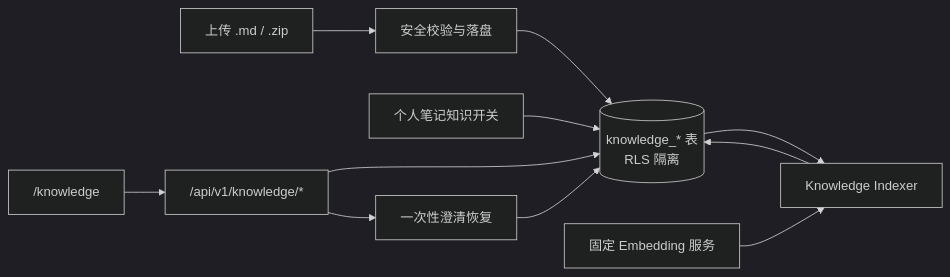
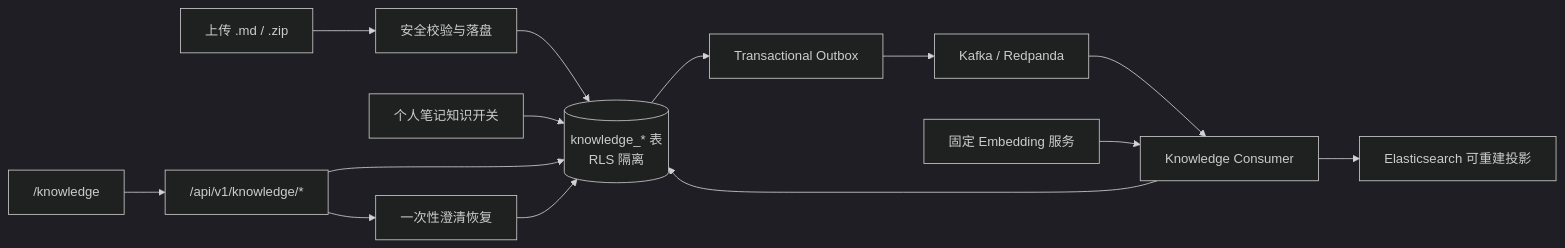
One commit to Diving-Di/Cortex changed the diagram in docs/SDD.md. Above: the diagram before and after it, drawn with Mermaid (dark theme). The commit also changed other lines of this file and 14 other files, not shown here.

````diff
--- a/docs/SDD.md
+++ b/docs/SDD.md
@@ -42,13 +45,16 @@
 ```mermaid
 flowchart LR
     UPLOAD["上传 .md / .zip"] --> PREPARE["安全校验与落盘"]
     PREPARE --> DB[("knowledge_* 表<br/>RLS 隔离")]
     NOTES["个人笔记知识开关"] --> DB
-    DB --> INDEX["Knowledge Indexer"]
+    DB --> OUTBOX["Transactional Outbox"]
+    OUTBOX --> KAFKA["Kafka / Redpanda"]
+    KAFKA --> INDEX["Knowledge Consumer"]
     EMBED["固定 Embedding 服务"] --> INDEX
     INDEX --> DB
+    INDEX --> ES["Elasticsearch 可重建投影"]
     API["/api/v1/knowledge/*"] --> DB
     UI["/knowledge"] --> API
     API --> HITL["一次性澄清恢复"]
     HITL --> DB
 ```
````
